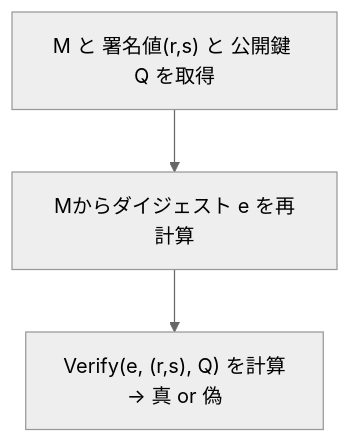
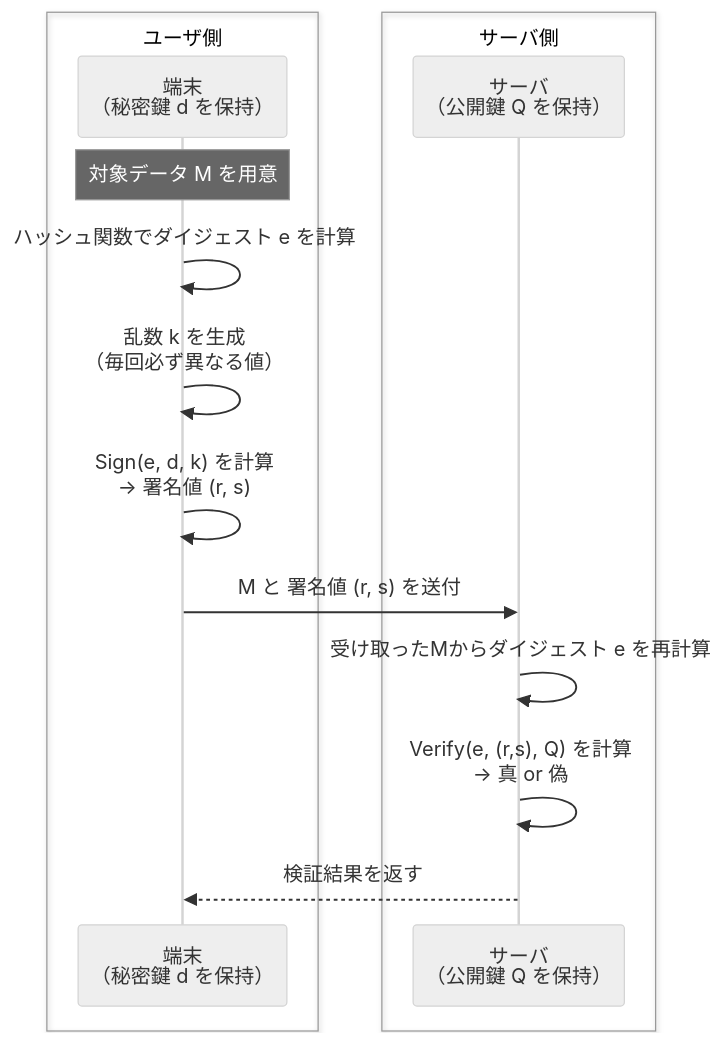
One commit to Bassiy/share_knowledge changed the diagram in concepts/ecdsa_dsa.md. Above: the diagram before and after it, drawn with Mermaid (neutral theme). The commit also changed other lines of this file, not shown here.

Commit message:
sync: update from info repo

````diff
--- a/concepts/ecdsa_dsa.md
+++ b/concepts/ecdsa_dsa.md
@@ -21,5 +10,19 @@
 ```mermaid
-flowchart TD
-    A["M と 署名値(r,s) と 公開鍵 Q を取得"] --> B[Mからダイジェスト e を再計算]
-    B --> C["Verify(e, (r,s), Q) を計算<br/>→ 真 or 偽"]
+sequenceDiagram
+    box ユーザ側
+    participant Device as 端末<br/>（秘密鍵 d を保持）
+    end
+    box サーバ側
+    participant Server as サーバ<br/>（公開鍵 Q を保持）
+    end
+
+    Note over Device: 対象データ M を用意
+    Device->>Device: ハッシュ関数でダイジェスト e を計算
+    Device->>Device: 乱数 k を生成<br/>（毎回必ず異なる値）
+    Device->>Device: Sign(e, d, k) を計算<br/>→ 署名値 (r, s)
+    Device->>Server: M と 署名値 (r, s) を送付
+
+    Server->>Server: 受け取ったMからダイジェスト e を再計算
+    Server->>Server: Verify(e, (r,s), Q) を計算<br/>→ 真 or 偽
+    Server-->>Device: 検証結果を返す
 ```
````
